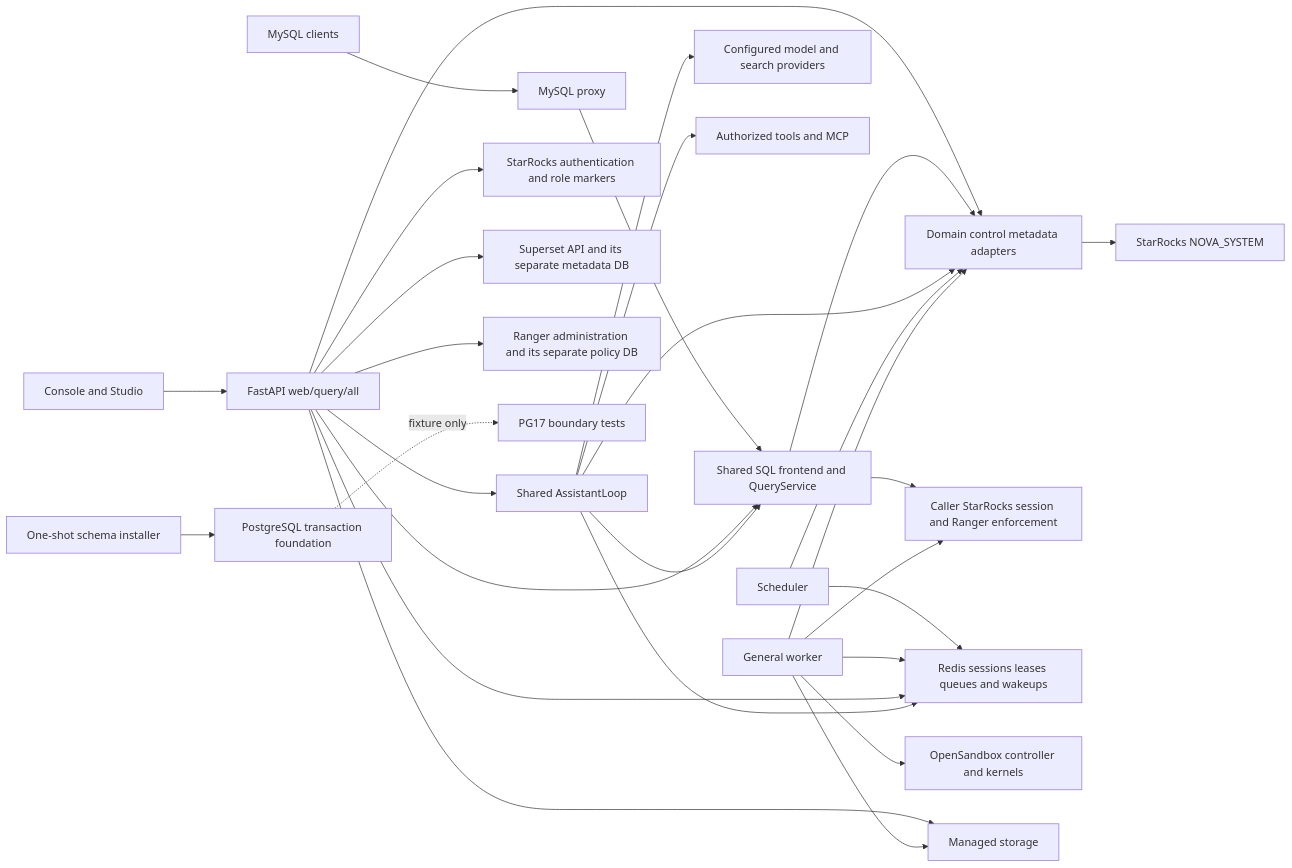
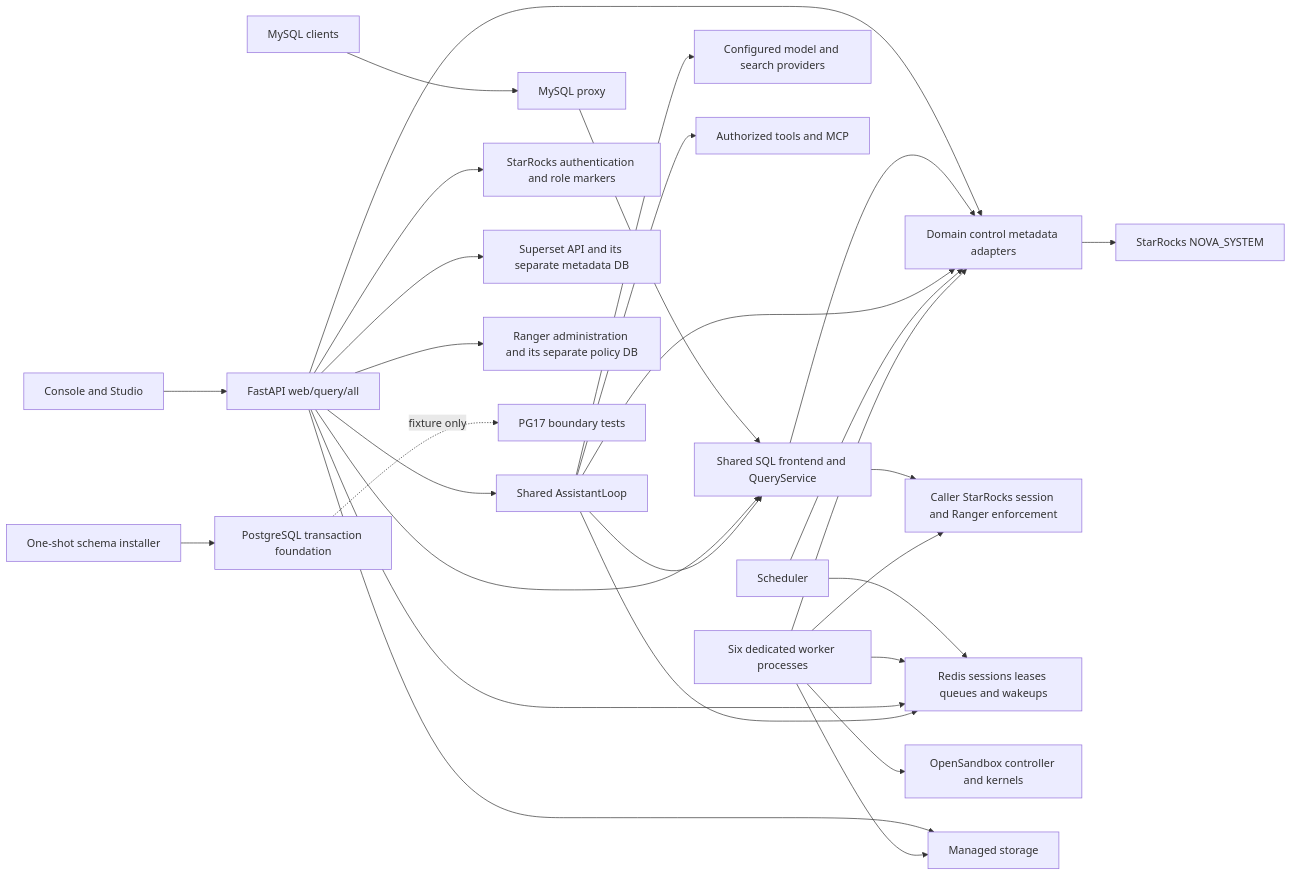
One commit to dwickyfp/nova changed the diagram in docs/architecture/production-refactor/DEPENDENCIES.md. Above: the diagram before and after it, drawn with Mermaid. The commit also changed other lines of this file and 25 other files, not shown here.

````diff
--- a/docs/architecture/production-refactor/DEPENDENCIES.md
+++ b/docs/architecture/production-refactor/DEPENDENCIES.md
@@ -8,31 +8,31 @@
 ```mermaid
 flowchart LR
     UI[Console and Studio] --> API[FastAPI web/query/all]
     MYSQL[MySQL clients] --> PROXY[MySQL proxy]
     PROXY --> SQL[Shared SQL frontend and QueryService]
     API --> SQL
     API --> LOOP[Shared AssistantLoop]
     API --> CP[Domain control metadata adapters]
     SQL --> CP
     LOOP --> CP
     LOOP --> SQL
     LOOP --> PROVIDER[Configured model and search providers]
     LOOP --> TOOLS[Authorized tools and MCP]
     CP --> META[StarRocks NOVA_SYSTEM]
     API --> AUTH[StarRocks authentication and role markers]
     SQL --> DATA[Caller StarRocks session and Ranger enforcement]
     SCHED[Scheduler] --> CP
     SCHED --> REDIS[Redis sessions leases queues and wakeups]
-    WORKER[General worker] --> CP
+    WORKER[Six dedicated worker processes] --> CP
     WORKER --> REDIS
     WORKER --> DATA
     WORKER --> SANDBOX[OpenSandbox controller and kernels]
     API --> REDIS
     LOOP --> REDIS
     API --> OBJECTS[Managed storage]
     WORKER --> OBJECTS
     API --> SUPERSET[Superset API and its separate metadata DB]
     API --> RANGER[Ranger administration and its separate policy DB]
     PG[PostgreSQL transaction foundation] -. fixture only .-> TESTS[PG17 boundary tests]
     MIGRATOR[One-shot schema installer] --> PG
 ```
````
